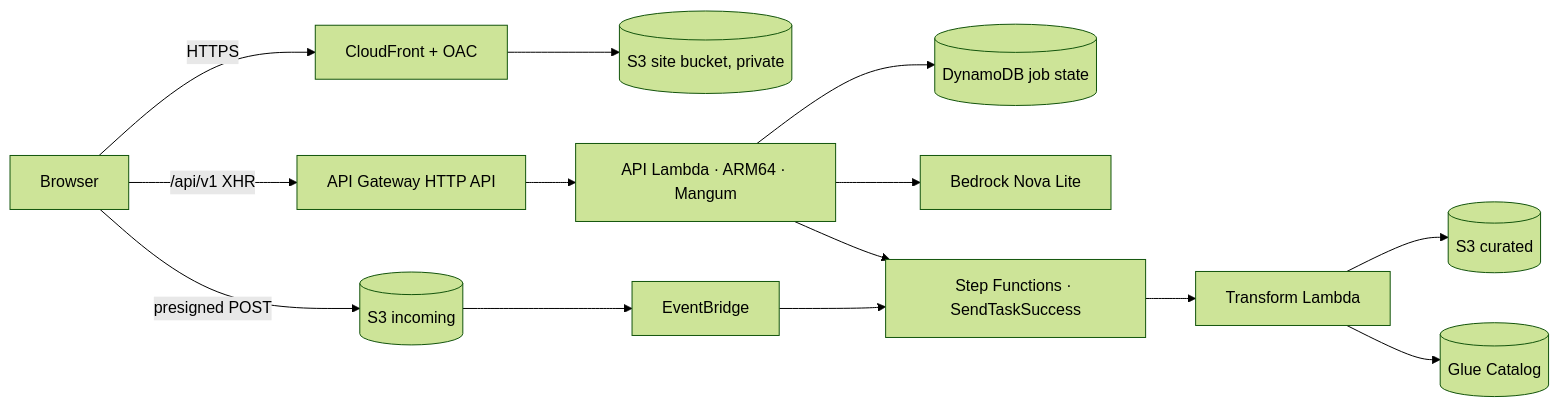
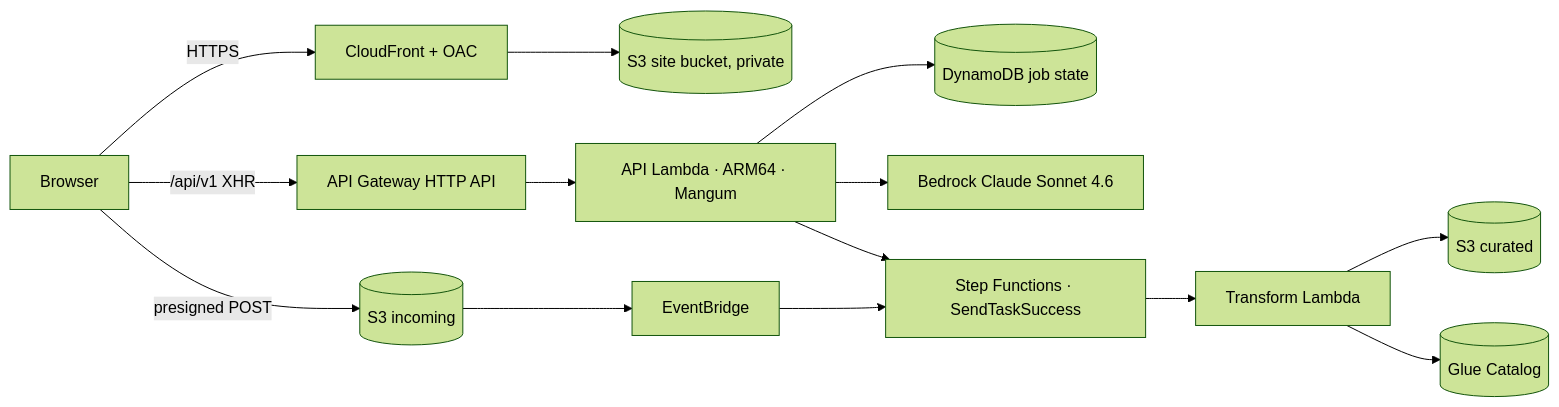
Before and after one commit to rexw713ss/aws_smartcity_hackathon: the second of 2 diagrams in docs/21-api-deployment.md, drawn with Mermaid (forest theme). The commit also changed 6 other files, not shown here.

Commit message:
feat: use Claude Sonnet 4.6 for grounded answers

````diff
--- a/docs/21-api-deployment.md
+++ b/docs/21-api-deployment.md
@@ -190,14 +190,14 @@
 ```mermaid
 flowchart LR
   U[Browser] -->|HTTPS| CF[CloudFront + OAC]
   CF --> SB[(S3 site bucket, private)]
   U -->|/api/v1 XHR| HA[API Gateway HTTP API]
   HA --> AL[API Lambda · ARM64 · Mangum]
   AL --> DDB[(DynamoDB job state)]
-  AL --> BR[Bedrock Nova Lite]
+  AL --> BR[Bedrock Claude Sonnet 4.6]
   AL --> SF[Step Functions · SendTaskSuccess]
   U -->|presigned POST| INC[(S3 incoming)]
   INC --> EB[EventBridge] --> SF
   SF --> TL[Transform Lambda] --> CUR[(S3 curated)]
   TL --> GL[(Glue Catalog)]
 ```
````
